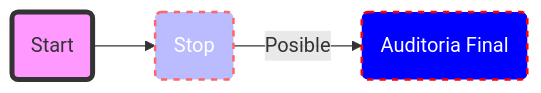
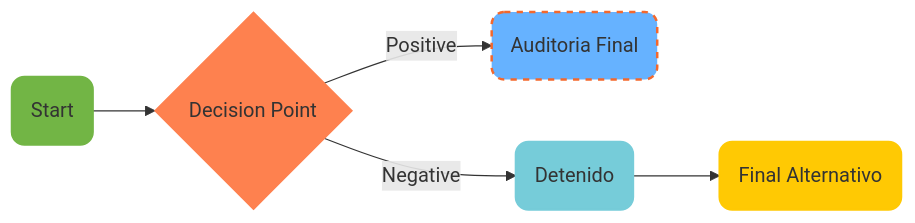
Before and after one commit to MaximilianoRodrigoSoria/mermaid-examples: diagram 18 of 20 in README.MD, drawn with Mermaid. The commit also changed other lines of this file, not shown here.

````diff
--- a/README.MD
+++ b/README.MD
@@ -254,8 +254,13 @@
 ```mermaid
 flowchart LR
-    id1(Start)-->id2(Stop)
-    id2-->|Posible|id3(Auditoria Final)
-    style id1 fill:#f9f,stroke:#333,stroke-width:4px
-    style id2 fill:#bbf,stroke:#f66,stroke-width:2px,color:#fff,stroke-dasharray: 5 5
-    style id3 fill:blue,stroke:red,stroke-width:2px,color:#fff,stroke-dasharray: 5 5
+    id1(Start)-->id2{Decision Point}
+    id2-->|Positive|id3(Auditoria Final)
+    id2-->|Negative|id4(Detenido)
+    id4-->id5(Final Alternativo)
+    
+    style id1 fill:#72B545,stroke:#72B545,stroke-width:2px,stroke-dasharray: 0 0,rx:10,ry:10
+    style id2 fill:#FE814F,stroke:#FE814F,stroke-width:2px,rx:10,ry:10
+    style id3 fill:#66B2FF,stroke:#F3682D,stroke-width:2px,stroke-dasharray: 5 5,rx:10,ry:10
+    style id4 fill:#76CCD9,stroke:#76CCD9,stroke-width:2px,rx:10,ry:10
+    style id5 fill:#FFC903,stroke:#FFC903,stroke-width:2px,rx:10,ry:10
 ```
````
